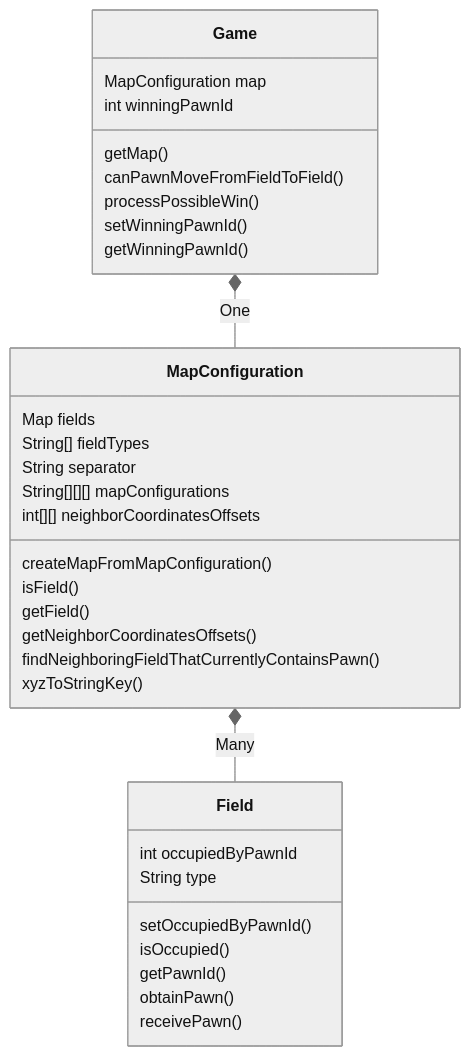
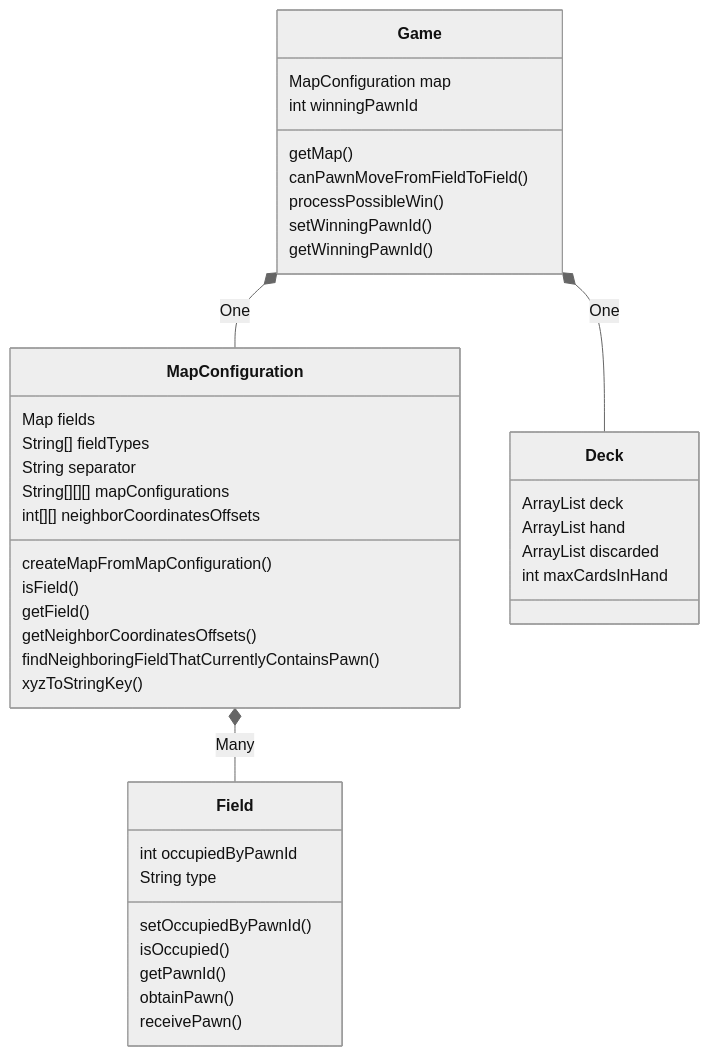
One commit to stijnlinderman/eldorado changed the ninth of 9 diagrams in ARCHITECTURE.md. Above: the diagram before and after it, drawn with Mermaid (neutral theme). The commit also changed other lines of this file, not shown here.

````diff
--- a/ARCHITECTURE.md
+++ b/ARCHITECTURE.md
@@ -224,30 +225,35 @@
 ```mermaid
 classDiagram
 	Game *-- MapConfiguration : One
+	Game *-- Deck : One
 	Game : MapConfiguration map
 	Game : int winningPawnId
 	Game : getMap()
 	Game : canPawnMoveFromFieldToField()
 	Game : processPossibleWin()
 	Game : setWinningPawnId()
 	Game : getWinningPawnId()
 	MapConfiguration *-- Field : Many
 	MapConfiguration : Map<String,Field> fields
 	MapConfiguration : String[] fieldTypes
 	MapConfiguration : String separator
 	MapConfiguration : String[][][] mapConfigurations
 	MapConfiguration : int[][] neighborCoordinatesOffsets
 	MapConfiguration : createMapFromMapConfiguration()
 	MapConfiguration : isField()
 	MapConfiguration : getField()
 	MapConfiguration : getNeighborCoordinatesOffsets()
 	MapConfiguration : findNeighboringFieldThatCurrentlyContainsPawn()
 	MapConfiguration : xyzToStringKey()
 	Field : int occupiedByPawnId
 	Field : String type
 	Field : setOccupiedByPawnId()
 	Field : isOccupied()
 	Field : getPawnId()
 	Field : obtainPawn()
 	Field : receivePawn()
+	Deck : ArrayList<String> deck
+	Deck : ArrayList<String> hand
+	Deck : ArrayList<String> discarded
+	Deck : int maxCardsInHand
 ```
````
